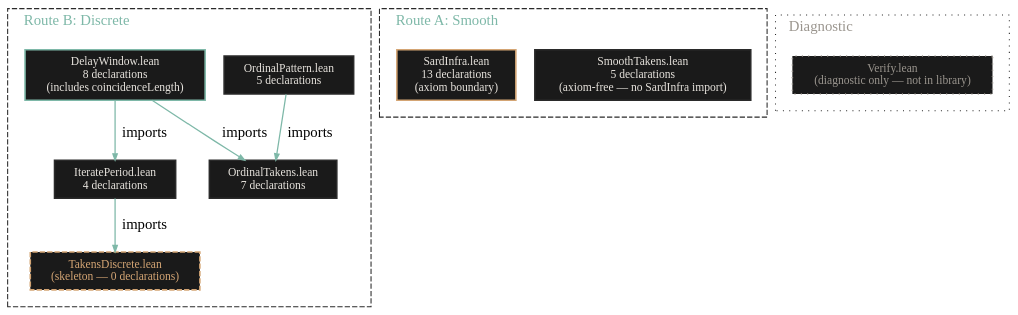
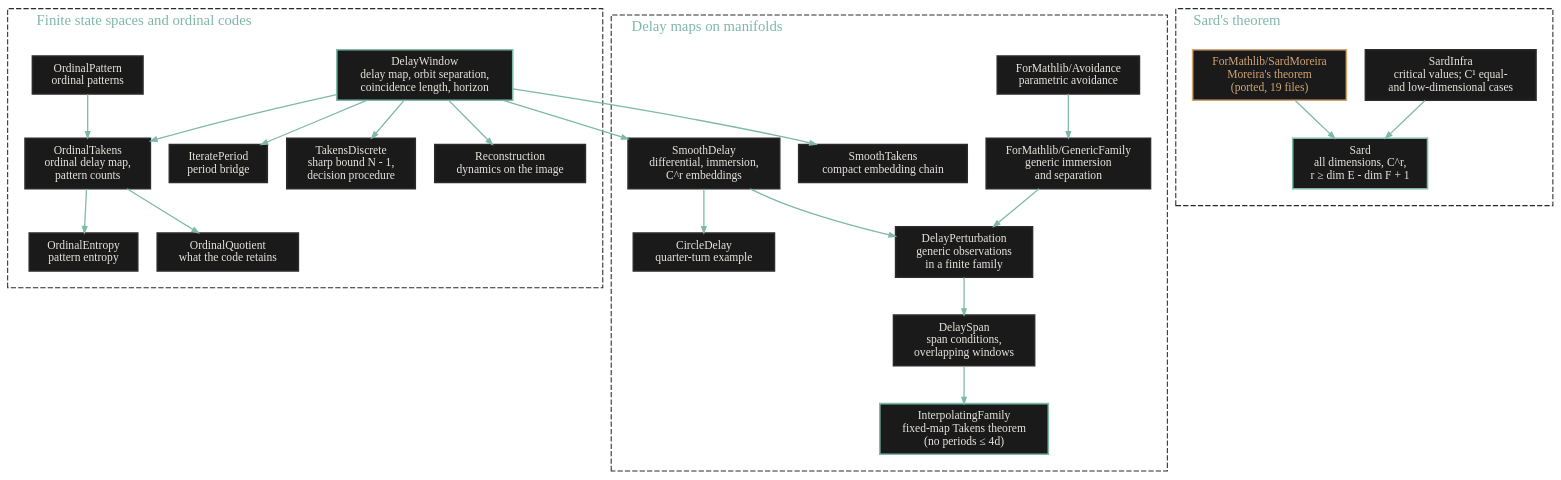
The diagram in docs/assets/proof-architecture.dot (Project-Navi/takens-formalization), drawn with Graphviz before and after one commit. The commit also changed 19 other files, not shown here.

```diff
--- a/docs/assets/proof-architecture.dot
+++ b/docs/assets/proof-architecture.dot
@@ -1,64 +1,91 @@
 digraph proof_architecture {
   rankdir=TB
   bgcolor="transparent"
+  newrank=true
   node [fontname="DM Sans" fontsize=11 style=filled fillcolor="#1a1a1a"
         fontcolor="#e8e4de" color="#2a2a2a" shape=box margin="0.15,0.08"
         penwidth=1.5]
   edge [color="#7eb8a8" arrowsize=0.6 penwidth=1.2]
 
-  subgraph cluster_routeB {
-    label="Route B: Discrete"
+  subgraph cluster_finite {
+    label="Finite state spaces and ordinal codes"
     labeljust=l
     fontname="Fraunces"
     fontsize=14
     fontcolor="#7eb8a8"
     color="#2a2a2a"
     style=dashed
     margin=16
 
-    OrdinalPattern [label="OrdinalPattern.lean\n5 declarations"]
-    DelayWindow [label="DelayWindow.lean\n8 declarations\n(includes coincidenceLength)"
+    DelayWindow [label="DelayWindow\ndelay map, orbit separation,\ncoincidence length, horizon"
                  color="#7eb8a8"]
-    IteratePeriod [label="IteratePeriod.lean\n4 declarations"]
-    OrdinalTakens [label="OrdinalTakens.lean\n7 declarations"]
-    TakensDiscrete [label="TakensDiscrete.lean\n(skeleton — 0 declarations)"
-                    style="filled,dashed" fillcolor="#1a1a1a"
-                    fontcolor="#d4a574" color="#d4a574"]
+    IteratePeriod [label="IteratePeriod\nperiod bridge"]
+    TakensDiscrete [label="TakensDiscrete\nsharp bound N - 1,\ndecision procedure"]
+    Reconstruction [label="Reconstruction\ndynamics on the image"]
+    OrdinalPattern [label="OrdinalPattern\nordinal patterns"]
+    OrdinalTakens [label="OrdinalTakens\nordinal delay map,\npattern counts"]
+    OrdinalEntropy [label="OrdinalEntropy\npattern entropy"]
+    OrdinalQuotient [label="OrdinalQuotient\nwhat the code retains"]
   }
 
-  subgraph cluster_routeA {
-    label="Route A: Smooth"
+  subgraph cluster_sard {
+    label="Sard's theorem"
     labeljust=l
     fontname="Fraunces"
     fontsize=14
     fontcolor="#7eb8a8"
     color="#2a2a2a"
     style=dashed
     margin=16
 
-    SmoothTakens [label="SmoothTakens.lean\n5 declarations\n(axiom-free — no SardInfra import)"]
-    SardInfra [label="SardInfra.lean\n13 declarations\n(axiom boundary)"
-               color="#d4a574"]
+    SardInfra [label="SardInfra\ncritical values; C¹ equal-\nand low-dimensional cases"]
+    SardMoreira [label="ForMathlib/SardMoreira\nMoreira's theorem\n(ported, 19 files)"
+                 color="#d4a574" fontcolor="#d4a574"]
+    Sard [label="Sard\nall dimensions, C^r,\nr ≥ dim E - dim F + 1"
+          color="#7eb8a8"]
   }
 
-  subgraph cluster_diag {
-    label="Diagnostic"
+  subgraph cluster_smooth {
+    label="Delay maps on manifolds"
     labeljust=l
     fontname="Fraunces"
     fontsize=14
-    fontcolor="#9a958e"
+    fontcolor="#7eb8a8"
     color="#2a2a2a"
-    style=dotted
+    style=dashed
     margin=16
 
-    Verify [label="Verify.lean\n(diagnostic only — not in library)"
-            style="filled,dotted" fillcolor="#1a1a1a"
-            fontcolor="#9a958e" color="#9a958e"]
+    SmoothTakens [label="SmoothTakens\ncompact embedding chain"]
+    SmoothDelay [label="SmoothDelay\ndifferential, immersion,\nC^r embeddings"]
+    CircleDelay [label="CircleDelay\nquarter-turn example"]
+    Avoidance [label="ForMathlib/Avoidance\nparametric avoidance"]
+    GenericFamily [label="ForMathlib/GenericFamily\ngeneric immersion\nand separation"]
+    DelayPerturbation [label="DelayPerturbation\ngeneric observations\nin a finite family"]
+    DelaySpan [label="DelaySpan\nspan conditions,\noverlapping windows"]
+    InterpolatingFamily [label="InterpolatingFamily\nfixed-map Takens theorem\n(no periods ≤ 4d)"
+                         color="#7eb8a8"]
   }
 
-  // Route B imports
-  DelayWindow -> IteratePeriod [label="imports"]
-  DelayWindow -> OrdinalTakens [label="imports"]
-  OrdinalPattern -> OrdinalTakens [label="imports"]
-  IteratePeriod -> TakensDiscrete [label="imports"]
+  DelayWindow -> IteratePeriod
+  DelayWindow -> TakensDiscrete
+  DelayWindow -> Reconstruction
+  DelayWindow -> OrdinalTakens
+  OrdinalPattern -> OrdinalTakens
+  OrdinalTakens -> OrdinalEntropy
+  OrdinalTakens -> OrdinalQuotient
+
+  SardInfra -> Sard
+  SardMoreira -> Sard
+
+  DelayWindow -> SmoothTakens
+  DelayWindow -> SmoothDelay
+  SmoothDelay -> CircleDelay
+  SmoothDelay -> DelayPerturbation
+  Avoidance -> GenericFamily
+  GenericFamily -> DelayPerturbation
+  DelayPerturbation -> DelaySpan
+  DelaySpan -> InterpolatingFamily
+
+  { rank=same; IteratePeriod; TakensDiscrete; Reconstruction; OrdinalTakens; SmoothTakens;
+    SmoothDelay; GenericFamily; Sard }
 }
```
